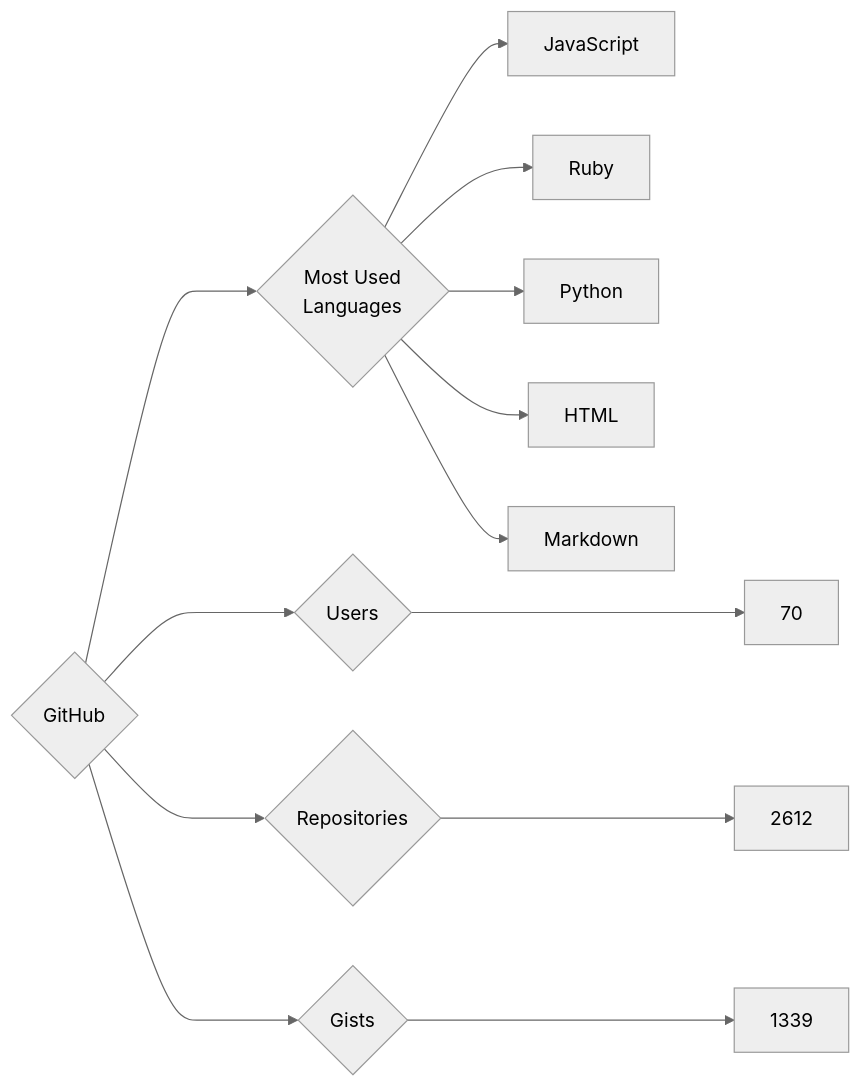
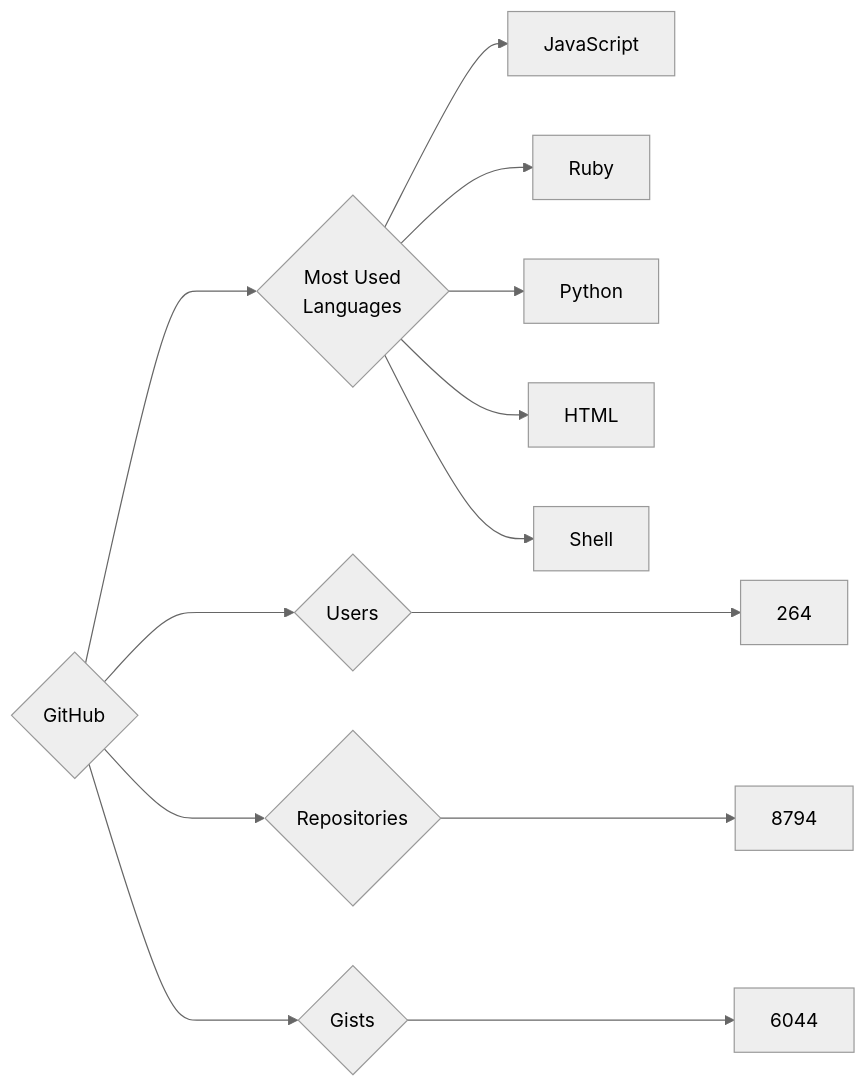
The diagram in targets/GitHub/README.md (trickest/insiders), drawn with Mermaid (neutral theme) before and after one commit. The commit also changed 925 other files, not shown here.

````diff
--- a/targets/GitHub/README.md
+++ b/targets/GitHub/README.md
@@ -3,13 +3,13 @@
 ```mermaid
 graph LR
 COMPANY_NAME{GitHub}
-COMPANY_NAME ---> U{Users} ---> UN[70]
-COMPANY_NAME ---> R{Repositories} ---> RN[2612]
-COMPANY_NAME ---> G{Gists} ---> GN[1339]
+COMPANY_NAME ---> U{Users} ---> UN[264]
+COMPANY_NAME ---> R{Repositories} ---> RN[8794]
+COMPANY_NAME ---> G{Gists} ---> GN[6044]
 COMPANY_NAME ---> ML{Most Used<br>Languages}
 ML --> JavaScript[JavaScript]
 ML --> Ruby[Ruby]
 ML --> Python[Python]
 ML --> HTML[HTML]
-ML --> Markdown[Markdown]
+ML --> Shell[Shell]
 ```
````
